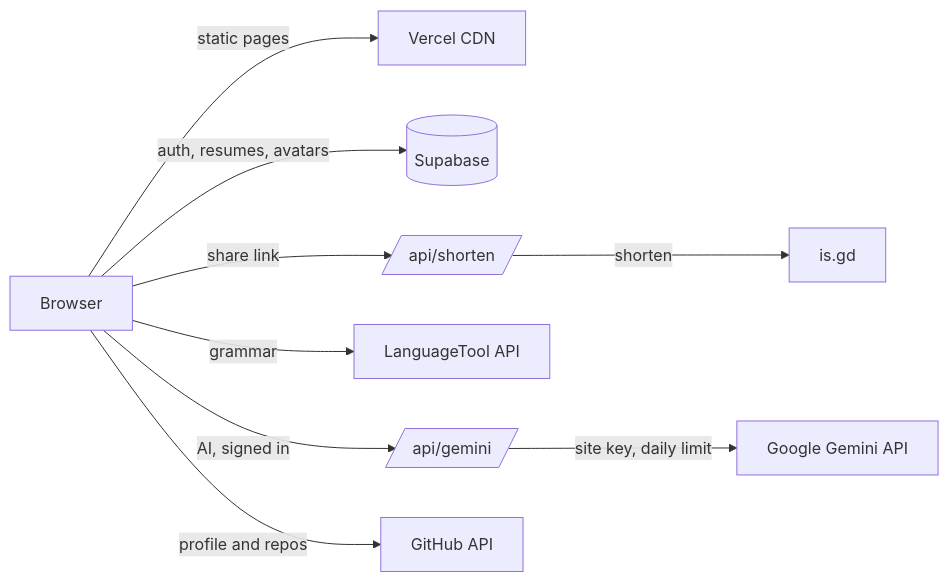
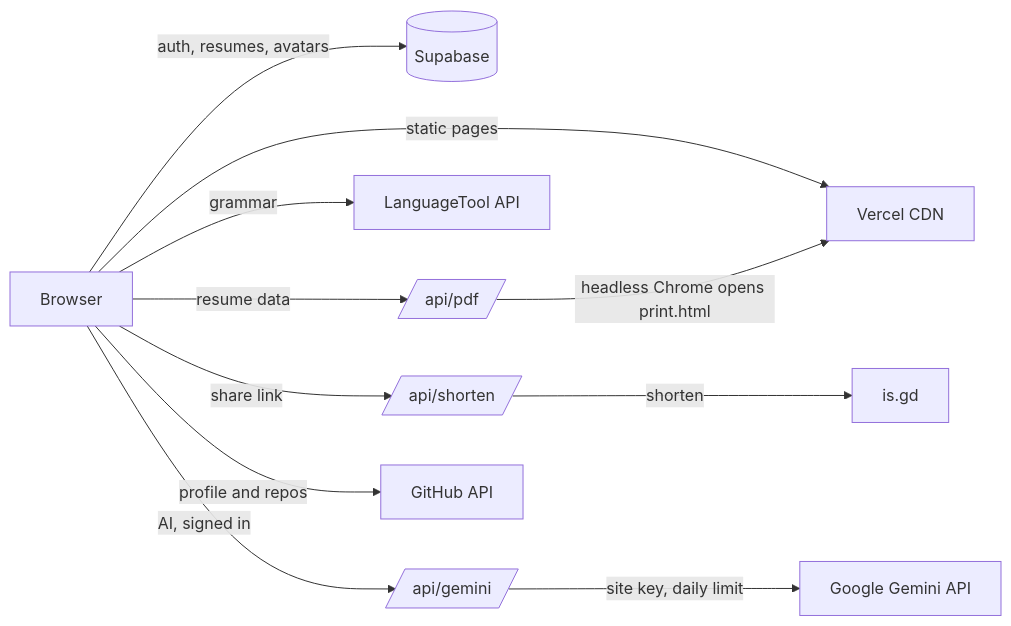
One commit to Taimur-Soft/taimur-resume changed the diagram in README.md. Above: the diagram before and after it, drawn with Mermaid. The commit also changed other lines of this file and 6 other files, not shown here.

First line of the commit message:
Vector PDF download: headless Chrome on Vercel prints the resume

````diff
--- a/README.md
+++ b/README.md
@@ -67,11 +68,13 @@
 ```mermaid
 flowchart LR
   U[Browser] -->|static pages| V[Vercel CDN]
   U -->|auth, resumes, avatars| S[(Supabase)]
   U -->|share link| F[/api/shorten/]
   F -->|shorten| G[is.gd]
   U -->|grammar| L[LanguageTool API]
   U -->|AI, signed in| AI[/api/gemini/]
   AI -->|site key, daily limit| GM[Google Gemini API]
+  U -->|resume data| P[/api/pdf/]
+  P -->|headless Chrome opens print.html| V
   U -->|profile and repos| GH[GitHub API]
 ```
````
